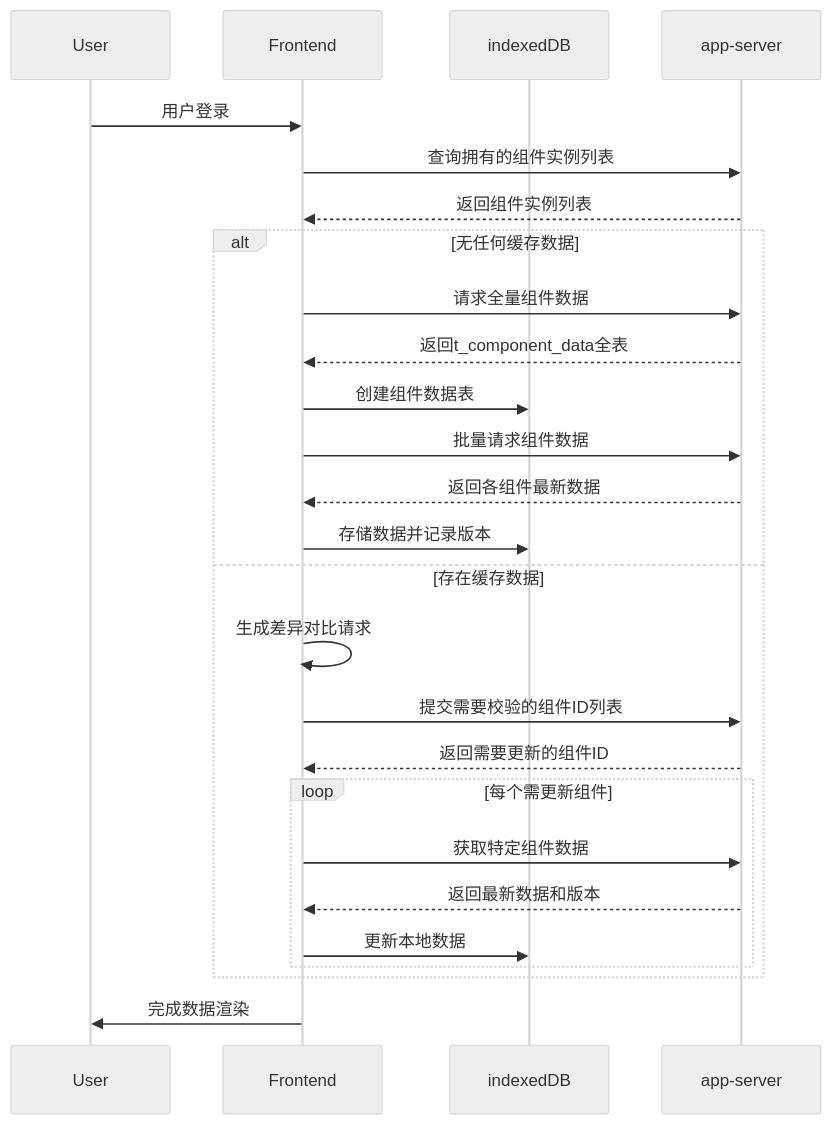
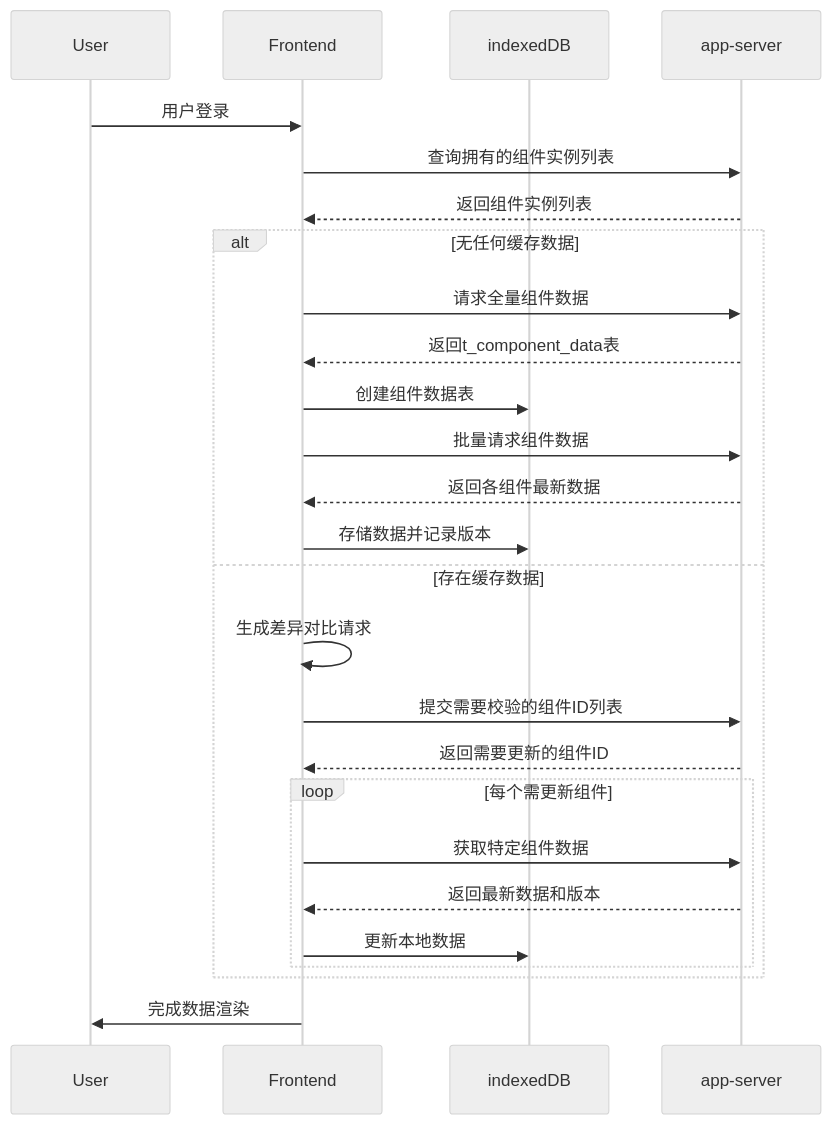
One commit to yingjianzh/iodraw-files changed the diagram in all/未命名-24.md. Above: the diagram before and after it, drawn with Mermaid (neutral theme).

Commit message:
2025-02-24 17:07:56 update

````diff
--- a/all/未命名-24.md
+++ b/all/未命名-24.md
@@ -1,30 +1,30 @@
 ```mermaid
 sequenceDiagram
     participant User
     participant Frontend
     participant indexedDB
     participant app-server
 
     User->>Frontend: 用户登录
     Frontend->>app-server: 查询拥有的组件实例列表
     app-server-->>Frontend: 返回组件实例列表
     
     alt 无任何缓存数据
         Frontend->>app-server: 请求全量组件数据
-        app-server-->>Frontend: 返回t_component_data全表
+        app-server-->>Frontend: 返回t_component_data表
         Frontend->>indexedDB: 创建组件数据表
         Frontend->>app-server: 批量请求组件数据
         app-server-->>Frontend: 返回各组件最新数据
         Frontend->>indexedDB: 存储数据并记录版本
     else 存在缓存数据
         Frontend->>Frontend: 生成差异对比请求
         Frontend->>app-server: 提交需要校验的组件ID列表
         app-server-->>Frontend: 返回需要更新的组件ID
         loop 每个需更新组件
             Frontend->>app-server: 获取特定组件数据
             app-server-->>Frontend: 返回最新数据和版本
             Frontend->>indexedDB: 更新本地数据
         end
     end
     Frontend->>User: 完成数据渲染
 ```
````
